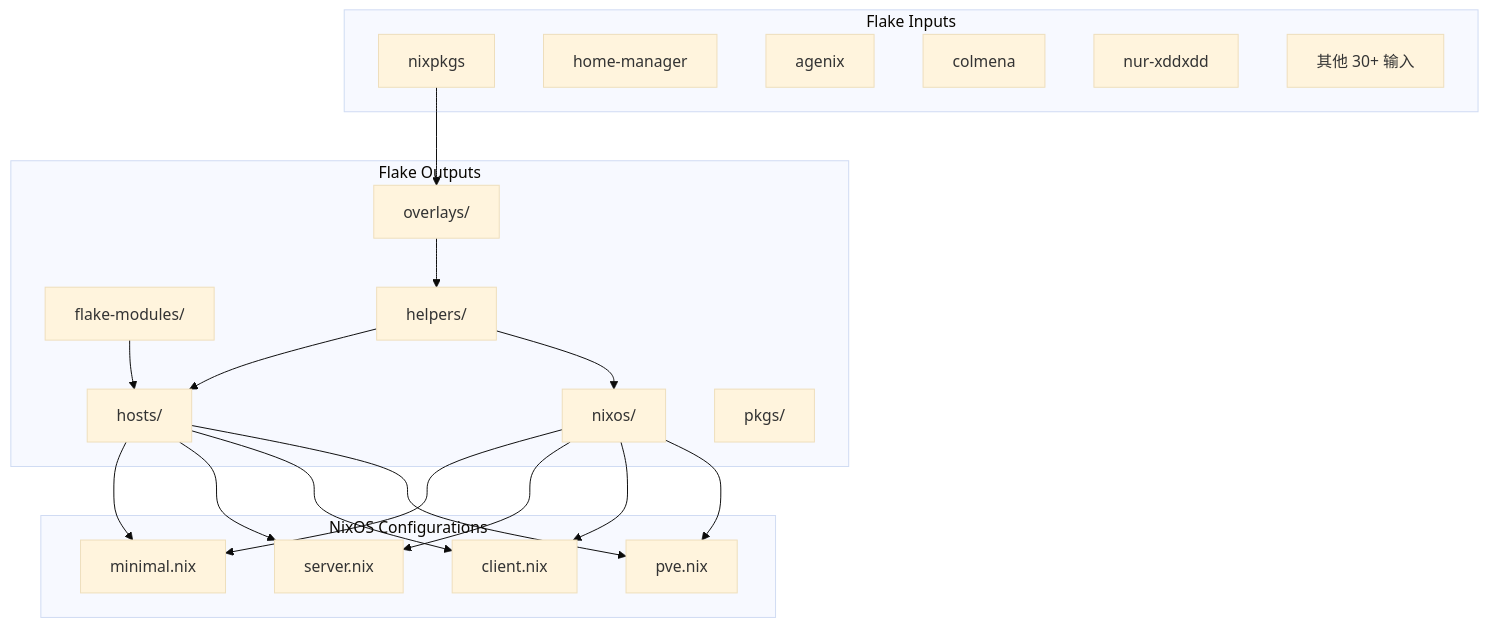
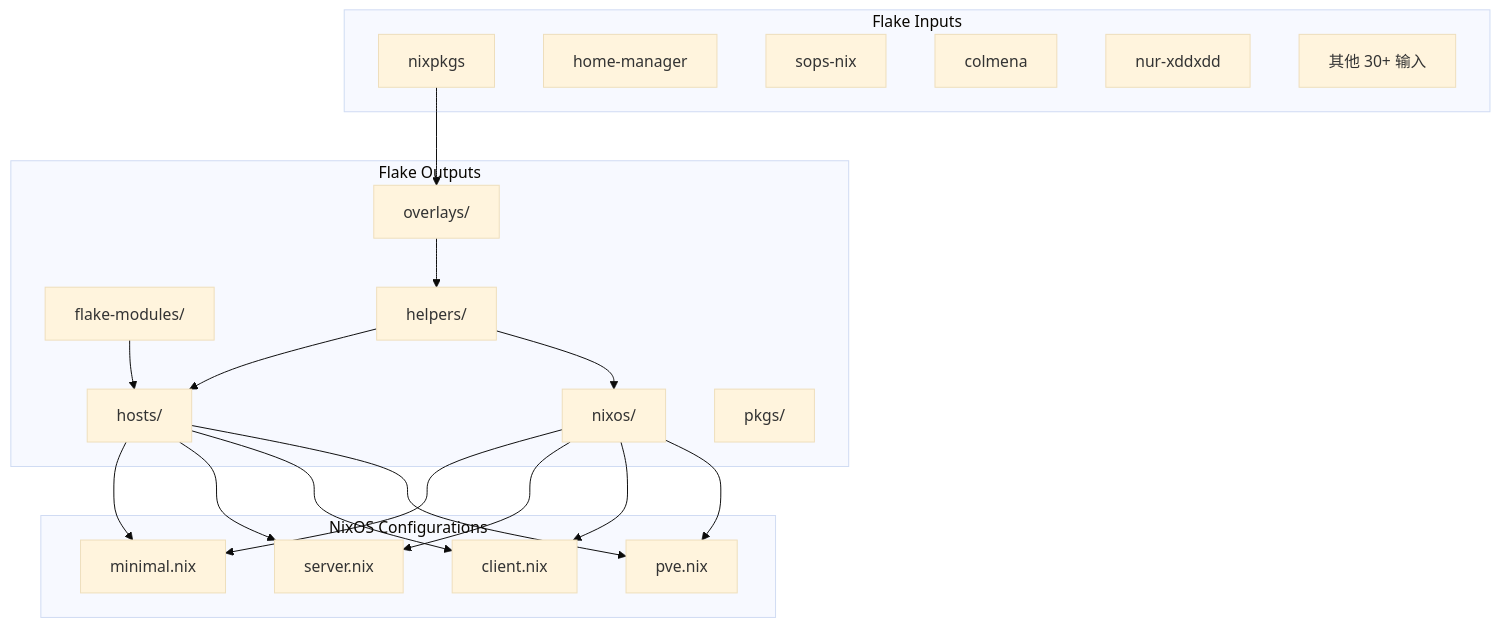
The first of 2 diagrams in AGENTS.md (xddxdd/nixos-config), drawn with Mermaid (base theme) before and after one commit. The commit also changed other lines of this file and 70 other files, not shown here.

Commit message:
treewide: replace agenix with sops-nix

````diff
--- a/AGENTS.md
+++ b/AGENTS.md
@@ -384,41 +384,41 @@
 ```mermaid
 graph TB
     subgraph Flake Inputs
         nixpkgs[nixpkgs]
         home-manager[home-manager]
-        agenix[agenix]
+        agenix[sops-nix]
         colmena[colmena]
         nur-xddxdd[nur-xddxdd]
         others[其他 30+ 输入]
     end
 
     subgraph Flake Outputs
         flake-modules[flake-modules/]
         helpers[helpers/]
         hosts[hosts/]
         nixos[nixos/]
         overlays[overlays/]
         pkgs[pkgs/]
     end
 
     subgraph NixOS Configurations
         minimal[minimal.nix]
         server[server.nix]
         client[client.nix]
         pve[pve.nix]
     end
 
     nixpkgs --> overlays
     overlays --> helpers
     helpers --> hosts
     helpers --> nixos
     flake-modules --> hosts
     hosts --> minimal
     hosts --> server
     hosts --> client
     hosts --> pve
     nixos --> minimal
     nixos --> server
     nixos --> client
     nixos --> pve
 ```
````
